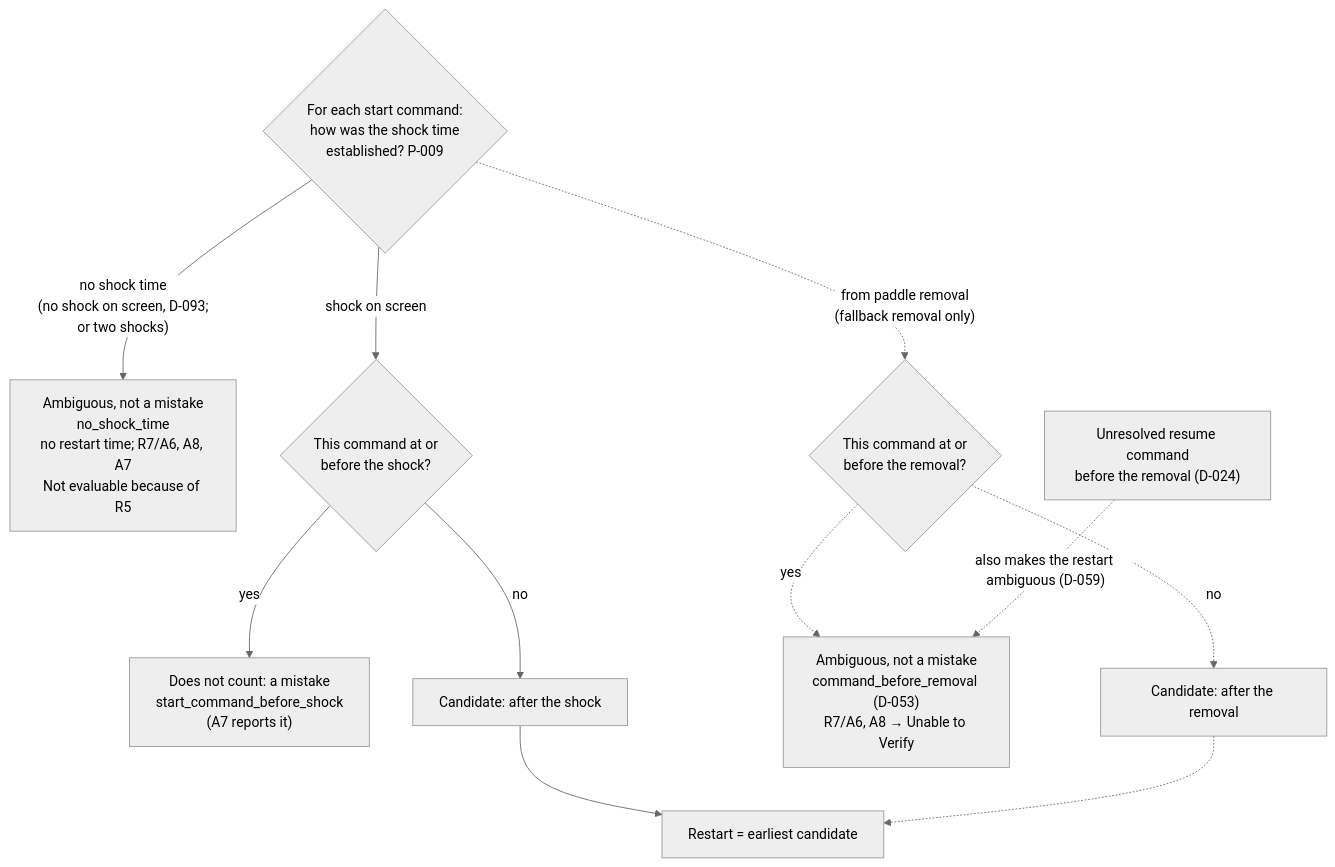
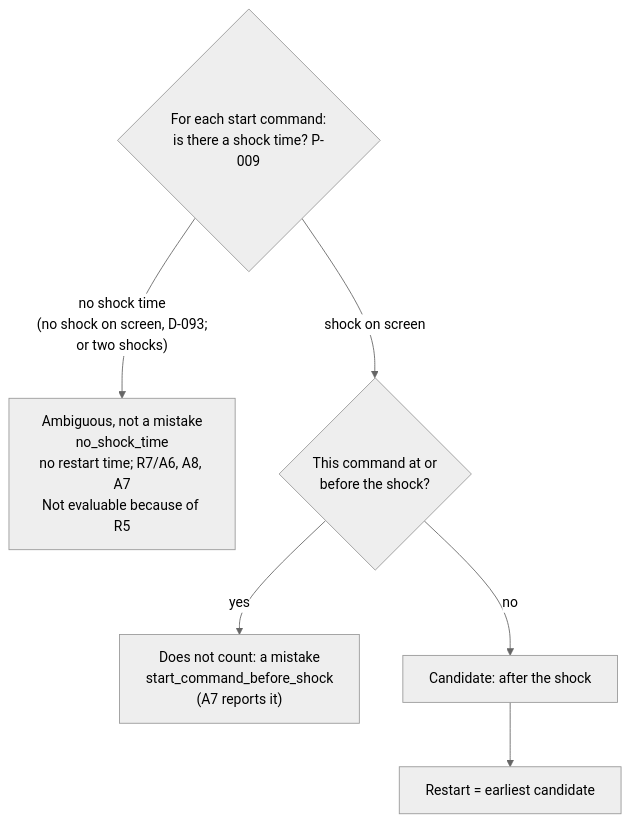
One commit to ananthu65/defibrillator_research changed the sixth of 16 diagrams in docs/rule_engine/diagrams.md. Above: the diagram before and after it, drawn with Mermaid (neutral theme). The commit also changed other lines of this file and 33 other files, not shown here.

First line of the commit message:
fix(rules): remove every paddle-removal-implies-shock inference (D-115)

````diff
--- a/docs/rule_engine/diagrams.md
+++ b/docs/rule_engine/diagrams.md
@@ -132,13 +123,8 @@
 ```mermaid
 flowchart TD
-    K{"For each start command:<br/>how was the shock time<br/>established? P-009"} -->|"no shock time<br/>(no shock on screen, D-093;<br/>or two shocks)"| A0["Ambiguous, not a mistake<br/>no_shock_time<br/>no restart time; R7/A6, A8, A7<br/>Not evaluable because of R5"]
+    K{"For each start command:<br/>is there a shock time? P-009"} -->|"no shock time<br/>(no shock on screen, D-093;<br/>or two shocks)"| A0["Ambiguous, not a mistake<br/>no_shock_time<br/>no restart time; R7/A6, A8, A7<br/>Not evaluable because of R5"]
     K -->|shock on screen| B{"This command at or<br/>before the shock?"}
     B -->|yes| B1["Does not count: a mistake<br/>start_command_before_shock<br/>(A7 reports it)"]
     B -->|no| RS["Candidate: after the shock"]
-    K -.->|"from paddle removal<br/>(fallback removal only)"| C{"This command at or<br/>before the removal?"}
-    C -.->|yes| C1["Ambiguous, not a mistake<br/>command_before_removal (D-053)<br/>R7/A6, A8 → Unable to Verify"]
-    C -.->|no| RR["Candidate: after the removal"]
-    RES["Unresolved resume command<br/>before the removal (D-024)"] -.->|"also makes the restart ambiguous (D-059)"| C1
     RS --> E["Restart = earliest candidate"]
-    RR -.-> E
 ```
````
